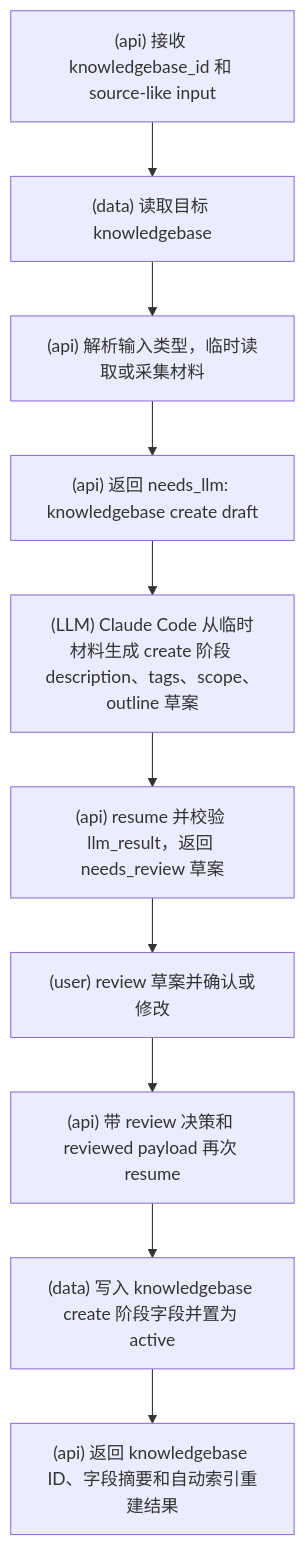
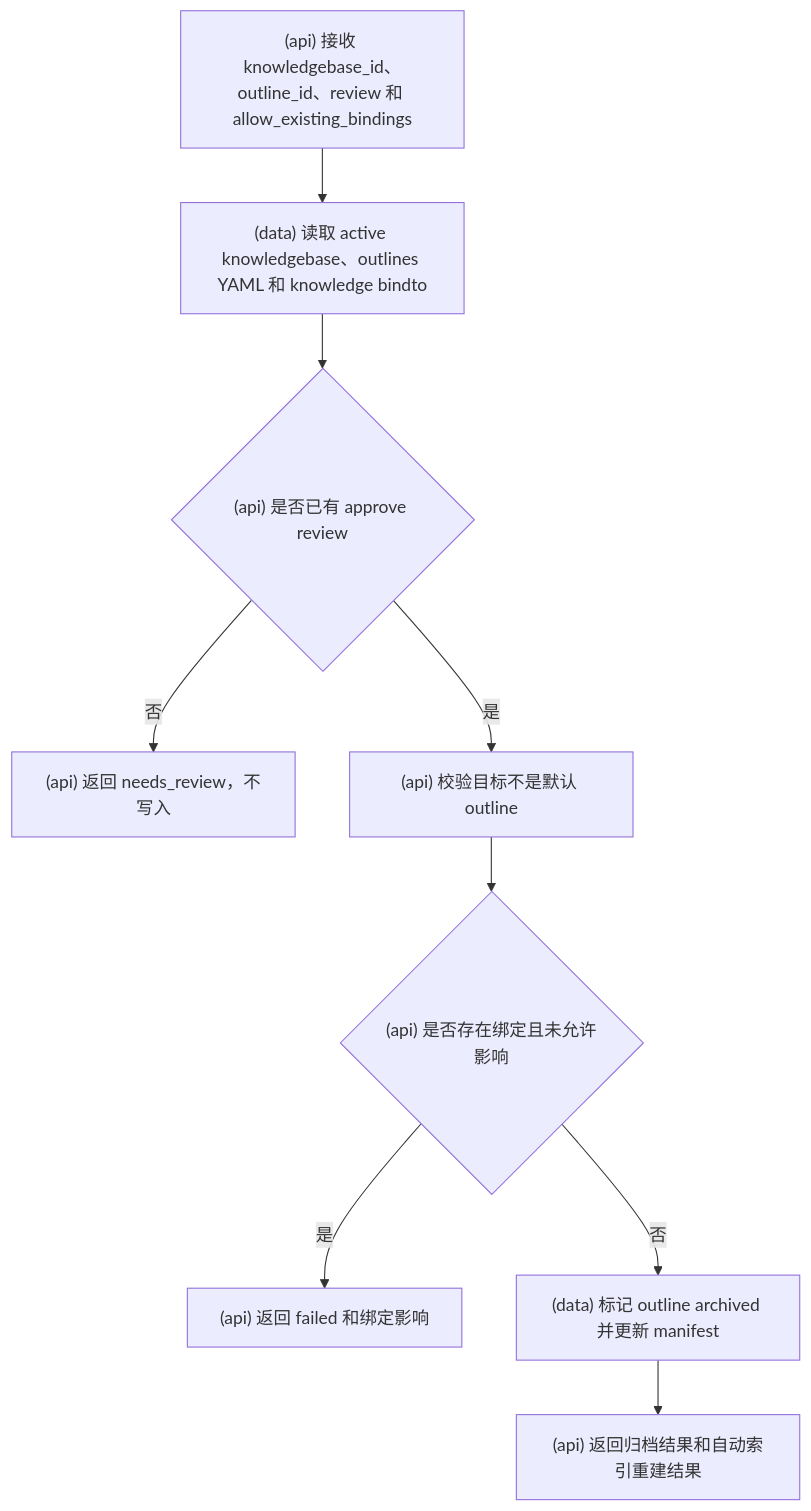
One commit to srangerme/KBManager changed diagram 15 of 21 in docs/流程图.md. Above: the diagram before and after it, drawn with Mermaid. The commit also changed other lines of this file and 13 other files, not shown here.

````diff
--- a/docs/流程图.md
+++ b/docs/流程图.md
@@ -178,12 +208,11 @@
 ```mermaid
 flowchart TD
-  A["(api) 接收 knowledgebase_id 和 source-like input"] --> B["(data) 读取目标 knowledgebase"]
-  B --> C["(api) 解析输入类型，临时读取或采集材料"]
-  C --> D["(api) 返回 needs_llm: knowledgebase create draft"]
-  D --> E["(LLM) Claude Code 从临时材料生成 create 阶段 description、tags、scope、outline 草案"]
-  E --> F["(api) resume 并校验 llm_result，返回 needs_review 草案"]
-  F --> G["(user) review 草案并确认或修改"]
-  G --> H["(api) 带 review 决策和 reviewed payload 再次 resume"]
-  H --> I["(data) 写入 knowledgebase create 阶段字段并置为 active"]
-  I --> J["(api) 返回 knowledgebase ID、字段摘要和自动索引重建结果"]
+  A["(api) 接收 knowledgebase_id、outline_id、review 和 allow_existing_bindings"] --> B["(data) 读取 active knowledgebase、outlines YAML 和 knowledge bindto"]
+  B --> C{"(api) 是否已有 approve review"}
+  C -- 否 --> D["(api) 返回 needs_review，不写入"]
+  C -- 是 --> E["(api) 校验目标不是默认 outline"]
+  E --> F{"(api) 是否存在绑定且未允许影响"}
+  F -- 是 --> G["(api) 返回 failed 和绑定影响"]
+  F -- 否 --> H["(data) 标记 outline archived 并更新 manifest"]
+  H --> I["(api) 返回归档结果和自动索引重建结果"]
 ```
````
